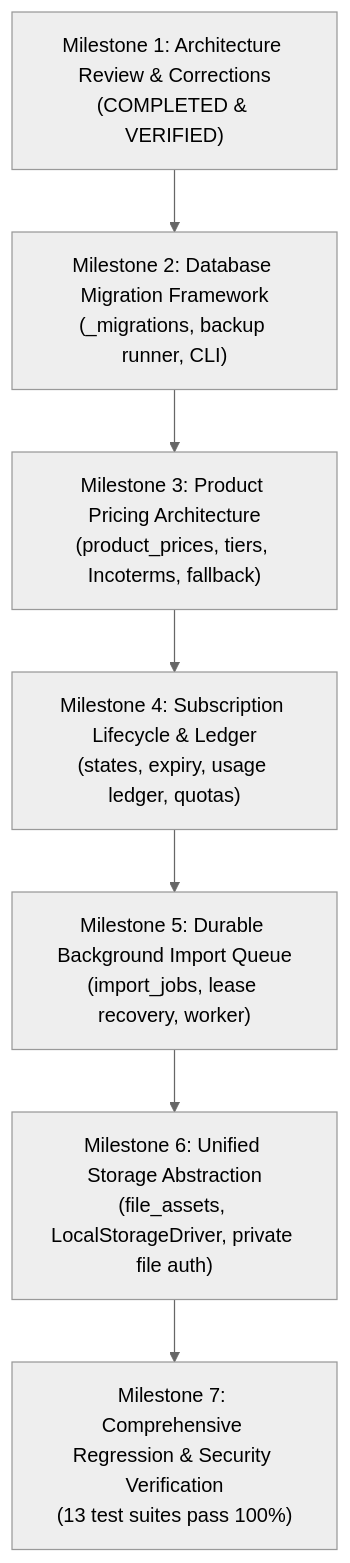
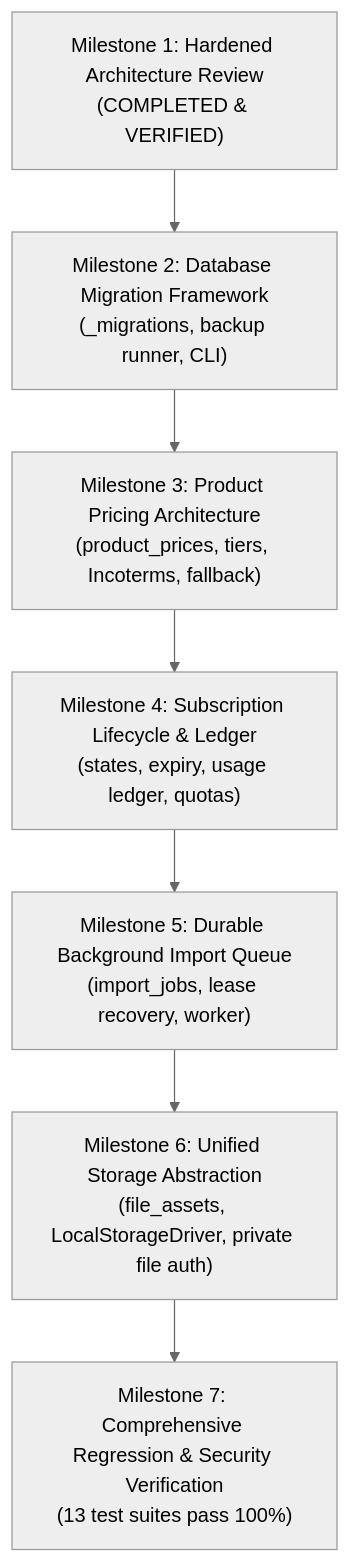
One commit to bassiony58-ux/zarsev changed the second of 2 diagrams in docs/phase2_implementation_plan.md. Above: the diagram before and after it, drawn with Mermaid (neutral theme). The commit also changed other lines of this file and 3 other files, not shown here.

Commit message:
docs(architecture): Phase 2 hardened technical corrections - deterministic partial index, 8-phase backup protocol, atomic quota consumption, and worker fencing

````diff
--- a/docs/phase2_implementation_plan.md
+++ b/docs/phase2_implementation_plan.md
@@ -184,9 +193,9 @@
 ```mermaid
 flowchart TD
-    M1["Milestone 1: Architecture Review & Corrections<br/>(COMPLETED & VERIFIED)"] --> M2["Milestone 2: Database Migration Framework<br/>(_migrations, backup runner, CLI)"]
+    M1["Milestone 1: Hardened Architecture Review<br/>(COMPLETED & VERIFIED)"] --> M2["Milestone 2: Database Migration Framework<br/>(_migrations, backup runner, CLI)"]
     M2 --> M3["Milestone 3: Product Pricing Architecture<br/>(product_prices, tiers, Incoterms, fallback)"]
     M3 --> M4["Milestone 4: Subscription Lifecycle & Ledger<br/>(states, expiry, usage ledger, quotas)"]
     M4 --> M5["Milestone 5: Durable Background Import Queue<br/>(import_jobs, lease recovery, worker)"]
     M5 --> M6["Milestone 6: Unified Storage Abstraction<br/>(file_assets, LocalStorageDriver, private file auth)"]
     M6 --> M7["Milestone 7: Comprehensive Regression & Security Verification<br/>(13 test suites pass 100%)"]
 ```
````
